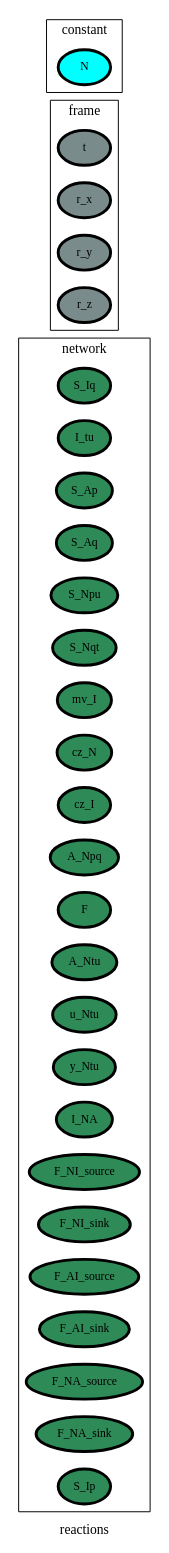
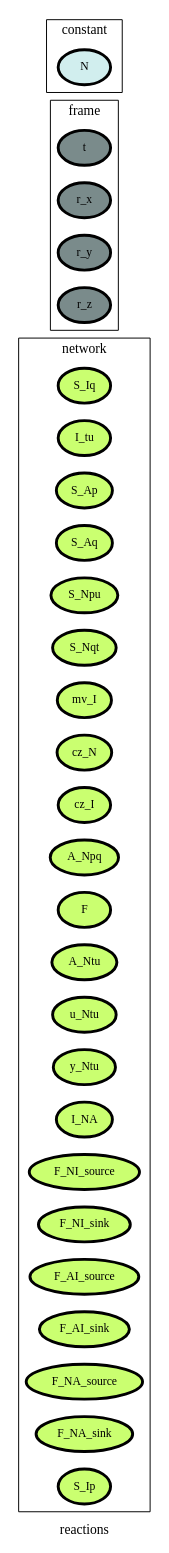
One commit to heinz-preisig/processes_starter changed the diagram in ontology_graphs/graph__reactions.dot. Above: the diagram before and after it, drawn with Graphviz. The commit also changed 30 other files, not shown here.

```diff
--- a/ontology_graphs/graph__reactions.dot
+++ b/ontology_graphs/graph__reactions.dot
@@ -1,76 +1,76 @@
 digraph reactions {
 label=reactions;
 rankdir=LR;
 subgraph cluster_reactions___network {
 label=network;
 rankdir=LR;
-V_10 [fillcolor=seagreen, fontsize=12, label=S_Iq, penwidth=3, style=filled];
-V_11 [fillcolor=seagreen, fontsize=12, label=I_tu, penwidth=3, style=filled];
-V_12 [fillcolor=seagreen, fontsize=12, label=S_Ap, penwidth=3, style=filled];
-V_13 [fillcolor=seagreen, fontsize=12, label=S_Aq, penwidth=3, style=filled];
-V_14 [fillcolor=seagreen, fontsize=12, label=S_Npu, penwidth=3, style=filled];
-V_15 [fillcolor=seagreen, fontsize=12, label=S_Nqt, penwidth=3, style=filled];
-V_16 [fillcolor=seagreen, fontsize=12, label=mv_I, penwidth=3, style=filled];
-V_17 [fillcolor=seagreen, fontsize=12, label=cz_N, penwidth=3, style=filled];
-V_18 [fillcolor=seagreen, fontsize=12, label=cz_I, penwidth=3, style=filled];
-V_19 [fillcolor=seagreen, fontsize=12, label=A_Npq, penwidth=3, style=filled];
-V_2 [fillcolor=seagreen, fontsize=12, label=F, penwidth=3, style=filled];
-V_20 [fillcolor=seagreen, fontsize=12, label=A_Ntu, penwidth=3, style=filled];
-V_21 [fillcolor=seagreen, fontsize=12, label=u_Ntu, penwidth=3, style=filled];
-V_22 [fillcolor=seagreen, fontsize=12, label=y_Ntu, penwidth=3, style=filled];
-V_27 [fillcolor=seagreen, fontsize=12, label=I_NA, penwidth=3, style=filled];
-V_3 [fillcolor=seagreen, fontsize=12, label=F_NI_source, penwidth=3, style=filled];
-V_4 [fillcolor=seagreen, fontsize=12, label=F_NI_sink, penwidth=3, style=filled];
-V_5 [fillcolor=seagreen, fontsize=12, label=F_AI_source, penwidth=3, style=filled];
-V_6 [fillcolor=seagreen, fontsize=12, label=F_AI_sink, penwidth=3, style=filled];
-V_7 [fillcolor=seagreen, fontsize=12, label=F_NA_source, penwidth=3, style=filled];
-V_8 [fillcolor=seagreen, fontsize=12, label=F_NA_sink, penwidth=3, style=filled];
-V_9 [fillcolor=seagreen, fontsize=12, label=S_Ip, penwidth=3, style=filled];
+V_10 [fillcolor=darkolivegreen1, fontsize=12, label=S_Iq, penwidth=3, style=filled];
+V_11 [fillcolor=darkolivegreen1, fontsize=12, label=I_tu, penwidth=3, style=filled];
+V_12 [fillcolor=darkolivegreen1, fontsize=12, label=S_Ap, penwidth=3, style=filled];
+V_13 [fillcolor=darkolivegreen1, fontsize=12, label=S_Aq, penwidth=3, style=filled];
+V_14 [fillcolor=darkolivegreen1, fontsize=12, label=S_Npu, penwidth=3, style=filled];
+V_15 [fillcolor=darkolivegreen1, fontsize=12, label=S_Nqt, penwidth=3, style=filled];
+V_16 [fillcolor=darkolivegreen1, fontsize=12, label=mv_I, penwidth=3, style=filled];
+V_17 [fillcolor=darkolivegreen1, fontsize=12, label=cz_N, penwidth=3, style=filled];
+V_18 [fillcolor=darkolivegreen1, fontsize=12, label=cz_I, penwidth=3, style=filled];
+V_19 [fillcolor=darkolivegreen1, fontsize=12, label=A_Npq, penwidth=3, style=filled];
+V_2 [fillcolor=darkolivegreen1, fontsize=12, label=F, penwidth=3, style=filled];
+V_20 [fillcolor=darkolivegreen1, fontsize=12, label=A_Ntu, penwidth=3, style=filled];
+V_21 [fillcolor=darkolivegreen1, fontsize=12, label=u_Ntu, penwidth=3, style=filled];
+V_22 [fillcolor=darkolivegreen1, fontsize=12, label=y_Ntu, penwidth=3, style=filled];
+V_27 [fillcolor=darkolivegreen1, fontsize=12, label=I_NA, penwidth=3, style=filled];
+V_3 [fillcolor=darkolivegreen1, fontsize=12, label=F_NI_source, penwidth=3, style=filled];
+V_4 [fillcolor=darkolivegreen1, fontsize=12, label=F_NI_sink, penwidth=3, style=filled];
+V_5 [fillcolor=darkolivegreen1, fontsize=12, label=F_AI_source, penwidth=3, style=filled];
+V_6 [fillcolor=darkolivegreen1, fontsize=12, label=F_AI_sink, penwidth=3, style=filled];
+V_7 [fillcolor=darkolivegreen1, fontsize=12, label=F_NA_source, penwidth=3, style=filled];
+V_8 [fillcolor=darkolivegreen1, fontsize=12, label=F_NA_sink, penwidth=3, style=filled];
+V_9 [fillcolor=darkolivegreen1, fontsize=12, label=S_Ip, penwidth=3, style=filled];
 }
 
 subgraph cluster_reactions___differenceOperator {
 label=differenceOperator;
 rankdir=LR;
 }
 
 subgraph cluster_reactions___frame {
 label=frame;
 rankdir=LR;
 V_1 [fillcolor=lightcyan4, fontsize=12, label=t, penwidth=3, style=filled];
 V_23 [fillcolor=lightcyan4, fontsize=12, label=r_x, penwidth=3, style=filled];
 V_24 [fillcolor=lightcyan4, fontsize=12, label=r_y, penwidth=3, style=filled];
 V_25 [fillcolor=lightcyan4, fontsize=12, label=r_z, penwidth=3, style=filled];
 }
 
 subgraph cluster_reactions___state {
 label=state;
 rankdir=LR;
 }
 
 subgraph cluster_reactions___constant {
 label=constant;
 rankdir=LR;
-V_26 [fillcolor=cyan, fontsize=12, label=N, penwidth=3, style=filled];
+V_26 [fillcolor=lightcyan2, fontsize=12, label=N, penwidth=3, style=filled];
 }
 
 subgraph cluster_reactions___effort {
 label=effort;
 rankdir=LR;
 }
 
 subgraph cluster_reactions___secondaryState {
 label=secondaryState;
 rankdir=LR;
 }
 
 subgraph cluster_reactions___diffState {
 label=diffState;
 rankdir=LR;
 }
 
 subgraph cluster_reactions___conversion {
 label=conversion;
 rankdir=LR;
 }
 
 }
```
